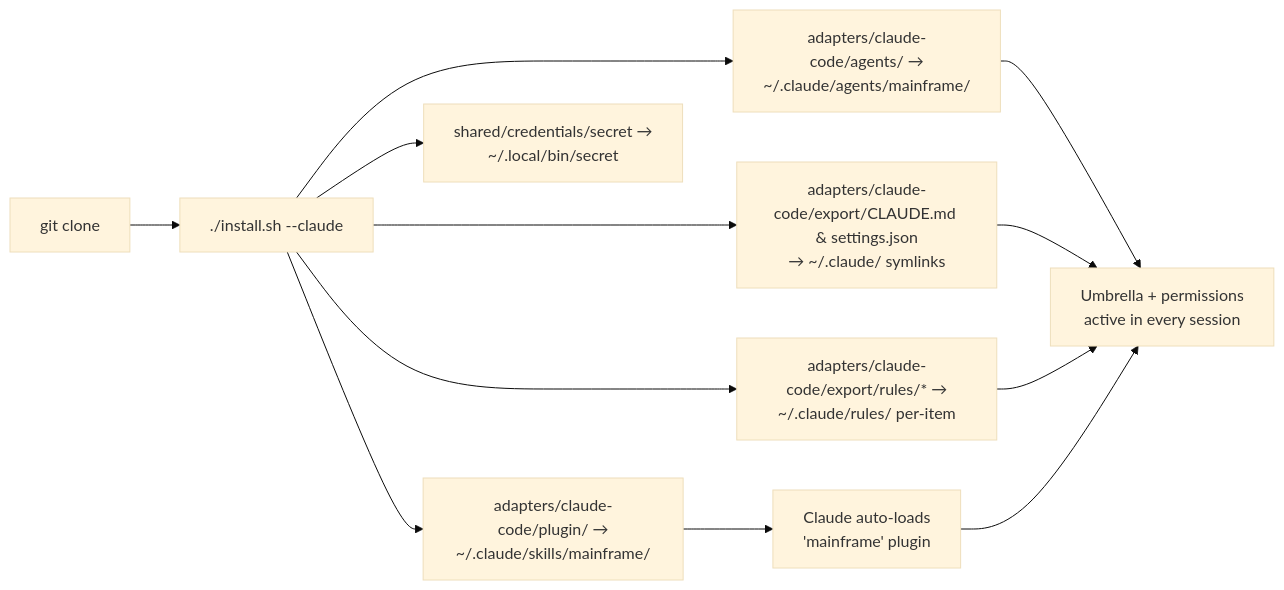
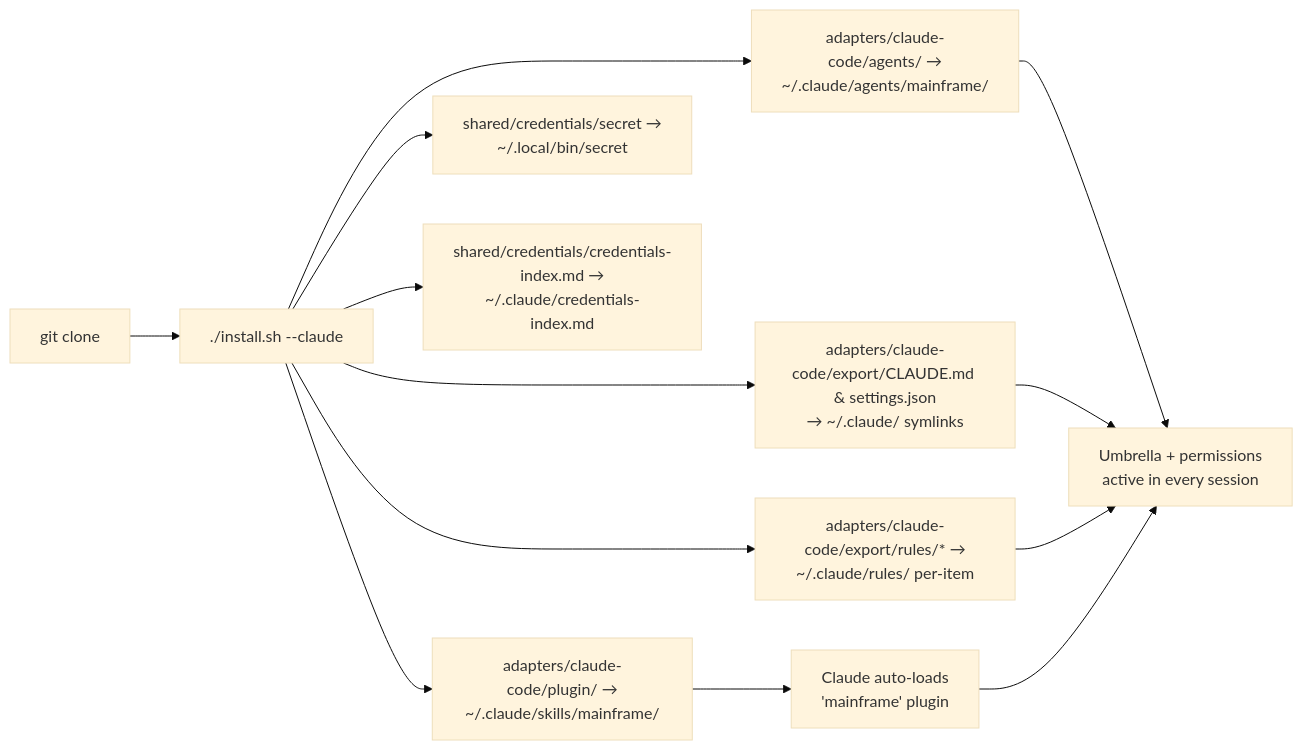
Before and after one commit to CATWILLgh/MAINFRAME: the second of 3 diagrams in README.md, drawn with Mermaid (base theme). The commit also changed other lines of this file and 5 other files, not shown here.

Commit message:
fix(claude-code): stabilize credentials index delivery

````diff
--- a/README.md
+++ b/README.md
@@ -223,14 +223,15 @@
 ```mermaid
 graph LR
     A[git clone] --> B[./install.sh --claude]
     B --> C[adapters/claude-code/plugin/ →<br/>~/.claude/skills/mainframe/]
     B --> I[adapters/claude-code/agents/ →<br/>~/.claude/agents/mainframe/]
     B --> D[adapters/claude-code/export/CLAUDE.md & settings.json<br/>→ ~/.claude/ symlinks]
     B --> E[adapters/claude-code/export/rules/* →<br/>~/.claude/rules/ per-item]
     B --> H[shared/credentials/secret →<br/>~/.local/bin/secret]
+    B --> J[shared/credentials/credentials-index.md →<br/>~/.claude/credentials-index.md]
     C --> F[Claude auto-loads<br/>'mainframe' plugin]
     I --> G
     D --> G[Umbrella + permissions<br/>active in every session]
     E --> G
     F --> G
 ```
````
